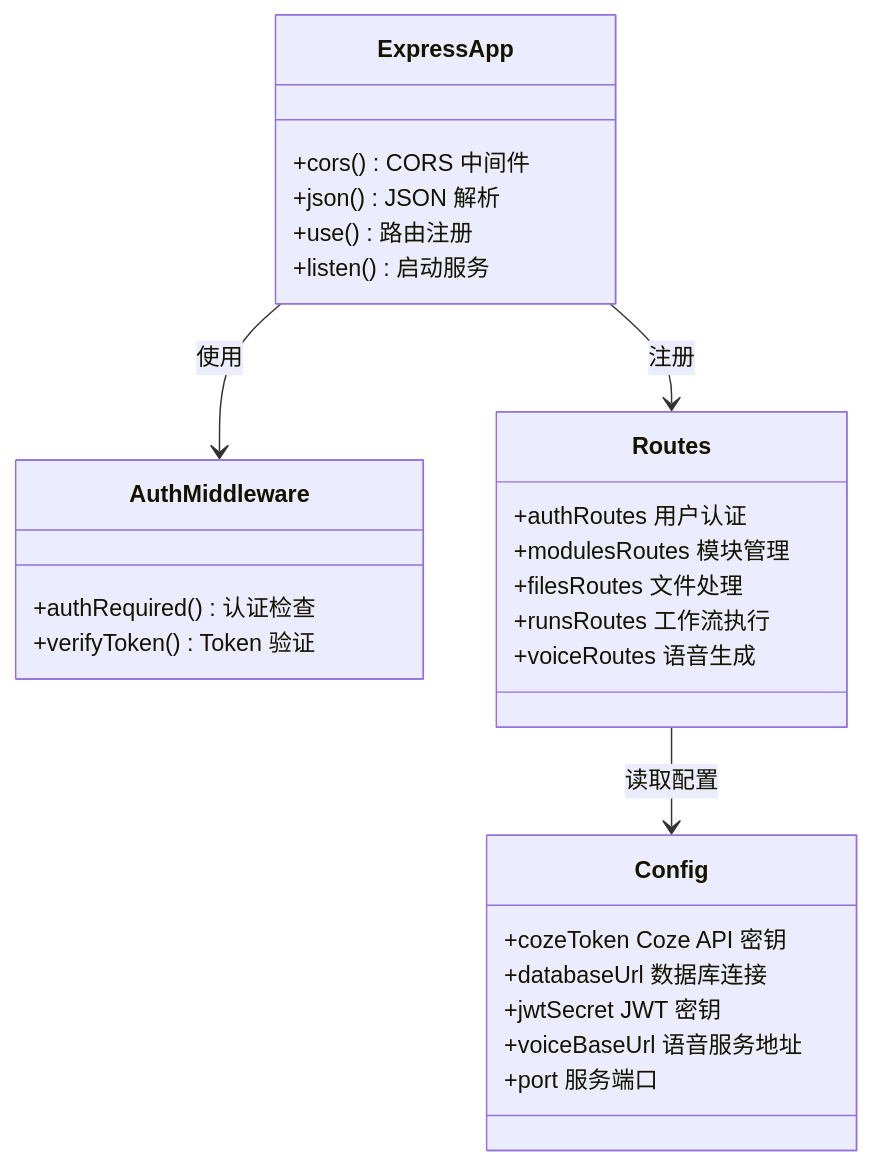
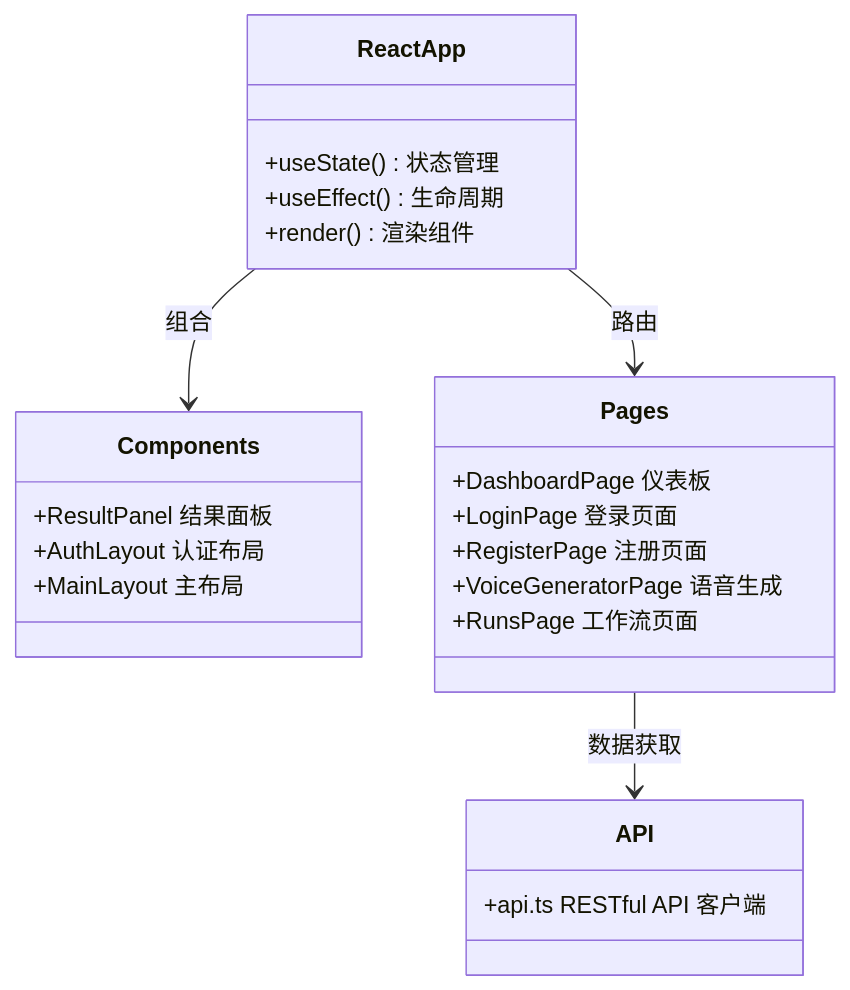
The third of 7 diagrams in .qoder/repowiki/zh/content/部署与运维/Nginx 反向代理.md (hanksd769-droid/sailshub), drawn with Mermaid before and after one commit. The commit also changed other lines of this file and 6 other files, not shown here.

````diff
--- a/.qoder/repowiki/zh/content/部署与运维/Nginx 反向代理.md
+++ b/.qoder/repowiki/zh/content/部署与运维/Nginx 反向代理.md
@@ -99,30 +100,26 @@
 ```mermaid
 classDiagram
-class ExpressApp {
-+cors() CORS 中间件
-+json() JSON 解析
-+use() 路由注册
-+listen() 启动服务
+class ReactApp {
++useState() 状态管理
++useEffect() 生命周期
++render() 渲染组件
 }
-class AuthMiddleware {
-+authRequired() 认证检查
-+verifyToken() Token 验证
+class Components {
++ResultPanel 结果面板
++AuthLayout 认证布局
++MainLayout 主布局
 }
-class Routes {
-+authRoutes 用户认证
-+modulesRoutes 模块管理
-+filesRoutes 文件处理
-+runsRoutes 工作流执行
-+voiceRoutes 语音生成
+class Pages {
++DashboardPage 仪表板
++LoginPage 登录页面
++RegisterPage 注册页面
++VoiceGeneratorPage 语音生成
++RunsPage 工作流页面
 }
-class Config {
-+cozeToken Coze API 密钥
-+databaseUrl 数据库连接
-+jwtSecret JWT 密钥
-+voiceBaseUrl 语音服务地址
-+port 服务端口
+class API {
++api.ts RESTful API 客户端
 }
-ExpressApp --> AuthMiddleware : 使用
-ExpressApp --> Routes : 注册
-Routes --> Config : 读取配置
+ReactApp --> Components : 组合
+ReactApp --> Pages : 路由
+Pages --> API : 数据获取
 ```
````
